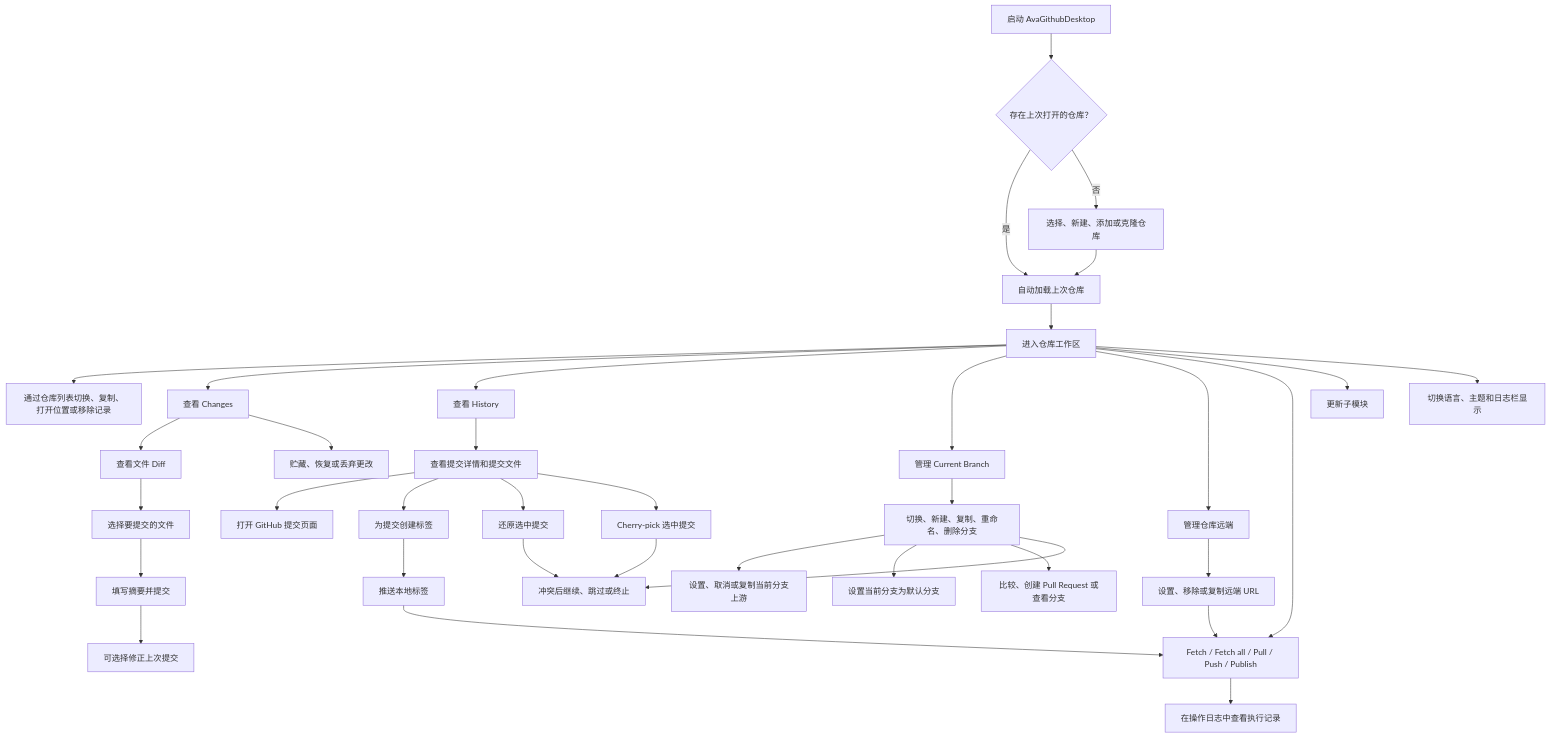
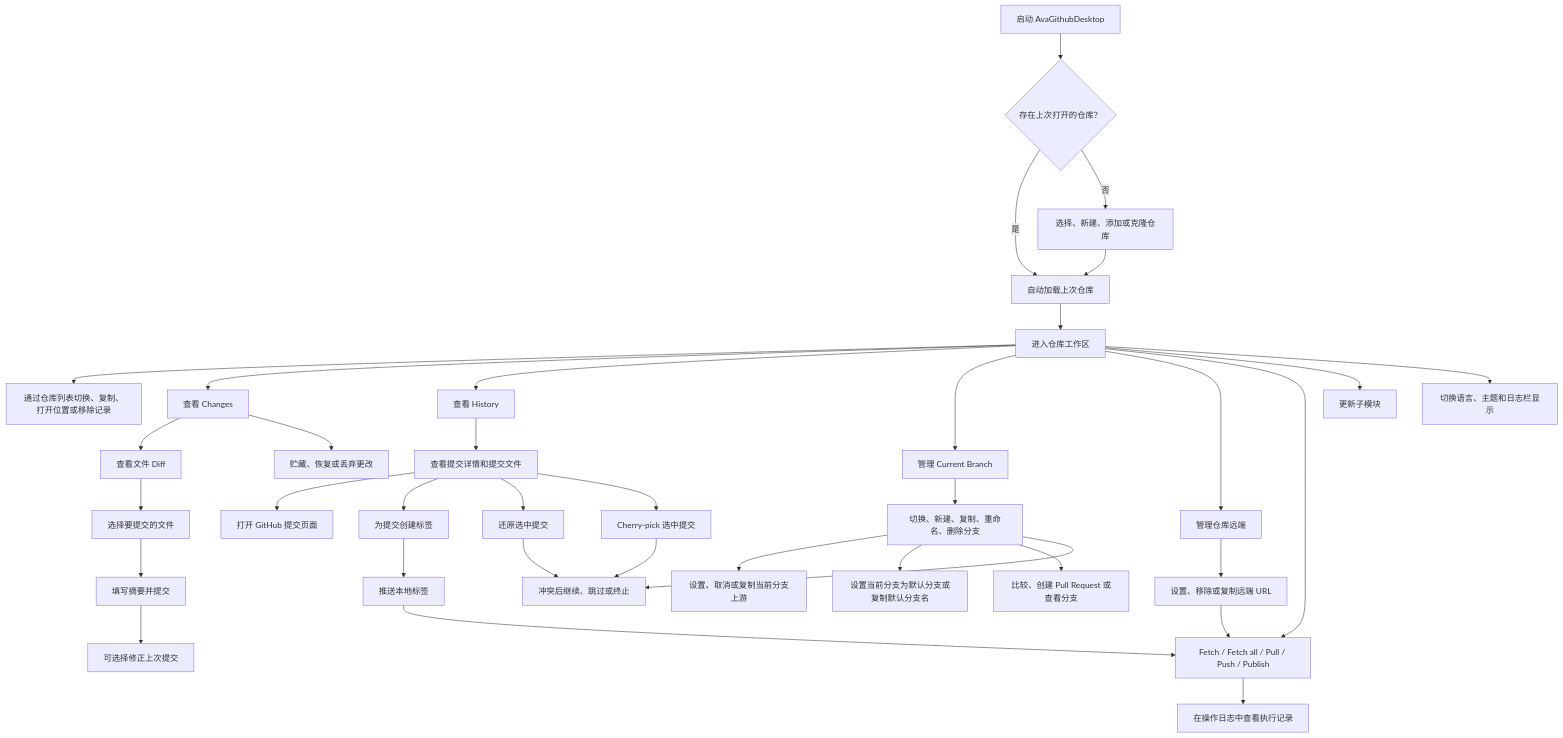
The diagram in docs/AvaGithubDesktop需求文档.md (dotnet9/AvaGithubDesktop), drawn with Mermaid before and after one commit. The commit also changed other lines of this file and 8 other files, not shown here.

Commit message:
feat: add default branch copy action

````diff
--- a/docs/AvaGithubDesktop需求文档.md
+++ b/docs/AvaGithubDesktop需求文档.md
@@ -48,38 +48,38 @@
 ```mermaid
 flowchart TD
     Start["启动 AvaGithubDesktop"] --> Restore{"存在上次打开的仓库？"}
     Restore -->|是| LoadRepo["自动加载上次仓库"]
     Restore -->|否| PickRepo["选择、新建、添加或克隆仓库"]
     PickRepo --> LoadRepo
     LoadRepo --> Workspace["进入仓库工作区"]
     Workspace --> RepoList["通过仓库列表切换、复制、打开位置或移除记录"]
     Workspace --> Changes["查看 Changes"]
     Workspace --> History["查看 History"]
     Workspace --> Branch["管理 Current Branch"]
     Workspace --> Remote["管理仓库远端"]
     Workspace --> Sync["Fetch / Fetch all / Pull / Push / Publish"]
     Changes --> ReviewDiff["查看文件 Diff"]
     ReviewDiff --> SelectFiles["选择要提交的文件"]
     SelectFiles --> Commit["填写摘要并提交"]
     Commit --> Amend["可选择修正上次提交"]
     Changes --> Stash["贮藏、恢复或丢弃更改"]
     History --> CommitDetail["查看提交详情和提交文件"]
     CommitDetail --> OpenCommit["打开 GitHub 提交页面"]
     CommitDetail --> CreateTag["为提交创建标签"]
     CommitDetail --> RevertCommit["还原选中提交"]
     CommitDetail --> CherryPick["Cherry-pick 选中提交"]
     RevertCommit --> ConflictOps
     CherryPick --> ConflictOps
     Branch --> BranchOps["切换、新建、复制、重命名、删除分支"]
     BranchOps --> UpstreamOps["设置、取消或复制当前分支上游"]
-    BranchOps --> DefaultBranch["设置当前分支为默认分支"]
+    BranchOps --> DefaultBranch["设置当前分支为默认分支或复制默认分支名"]
     BranchOps --> BranchGitHub["比较、创建 Pull Request 或查看分支"]
     BranchOps --> ConflictOps["冲突后继续、跳过或终止"]
     Remote --> RemoteOps["设置、移除或复制远端 URL"]
     RemoteOps --> Sync
     CreateTag --> PushTags["推送本地标签"]
     PushTags --> Sync
     Sync --> OperationLog["在操作日志中查看执行记录"]
     Workspace --> Submodules["更新子模块"]
     Workspace --> Settings["切换语言、主题和日志栏显示"]
 ```
````
